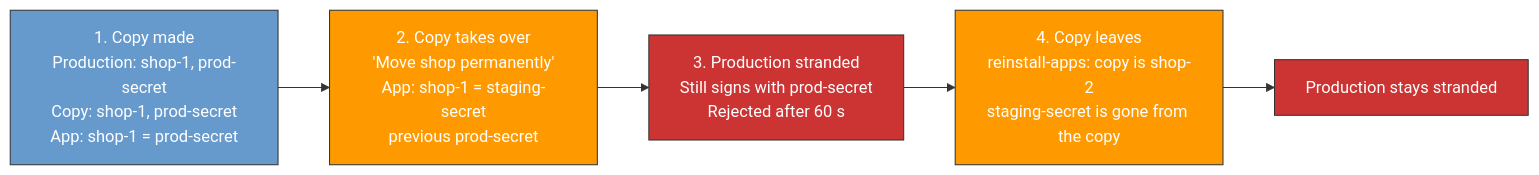
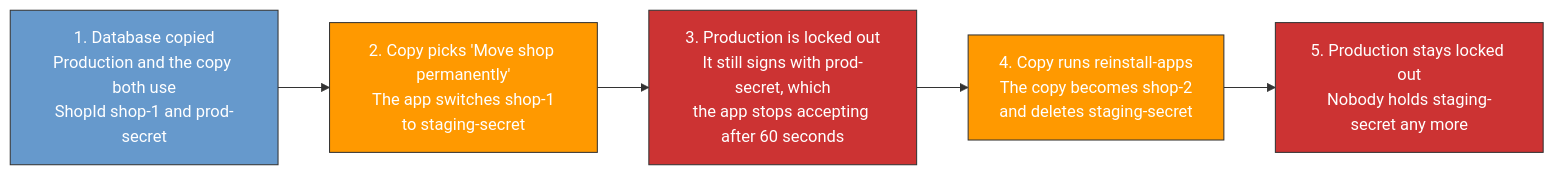
The first of 2 diagrams in adr/2026-10-15-app-recovery-after-shop-copy.md (shopware/shopware), drawn with Mermaid before and after one commit. The commit also changed other lines of this file, not shown here.

Commit message:
docs(adr): trim repeated points and clarify the takeover diagram

````diff
--- a/adr/2026-10-15-app-recovery-after-shop-copy.md
+++ b/adr/2026-10-15-app-recovery-after-shop-copy.md
@@ -24,14 +24,14 @@
 ```mermaid
 flowchart LR
-    S1["1. Copy made<br/>Production: shop-1, prod-secret<br/>Copy: shop-1, prod-secret<br/>App: shop-1 = prod-secret"]
-    S2["2. Copy takes over<br/>'Move shop permanently'<br/>App: shop-1 = staging-secret<br/>previous prod-secret"]
-    S3["3. Production stranded<br/>Still signs with prod-secret<br/>Rejected after 60 s"]
-    S4["4. Copy leaves<br/>reinstall-apps: copy is shop-2<br/>staging-secret is gone from the copy"]
-    S5["Production stays stranded"]
+    S1["1. Database copied<br/>Production and the copy both use<br/>ShopId shop-1 and prod-secret"]
+    S2["2. Copy picks 'Move shop permanently'<br/>The app switches shop-1<br/>to staging-secret"]
+    S3["3. Production is locked out<br/>It still signs with prod-secret, which<br/>the app stops accepting after 60 seconds"]
+    S4["4. Copy runs reinstall-apps<br/>The copy becomes shop-2<br/>and deletes staging-secret"]
+    S5["5. Production stays locked out<br/>Nobody holds staging-secret any more"]
     S1 --> S2 --> S3 --> S4 --> S5
     style S1 fill:#69c,stroke:#333,color:#fff
     style S2 fill:#f90,stroke:#333,color:#fff
     style S3 fill:#c33,stroke:#333,color:#fff
     style S4 fill:#f90,stroke:#333,color:#fff
     style S5 fill:#c33,stroke:#333,color:#fff
 ```
````
